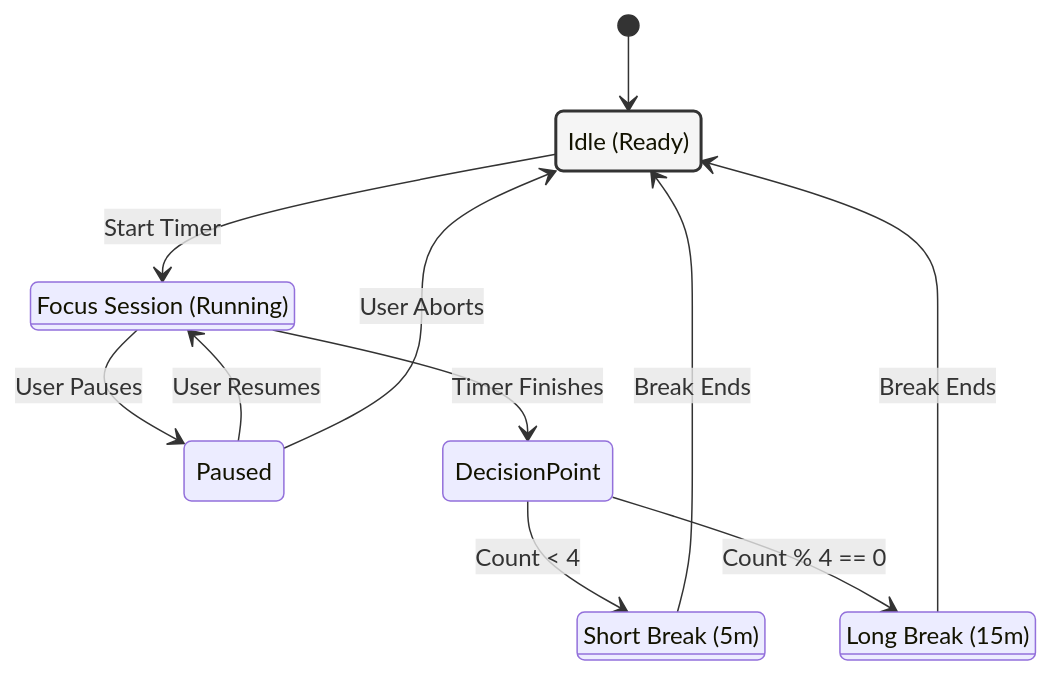
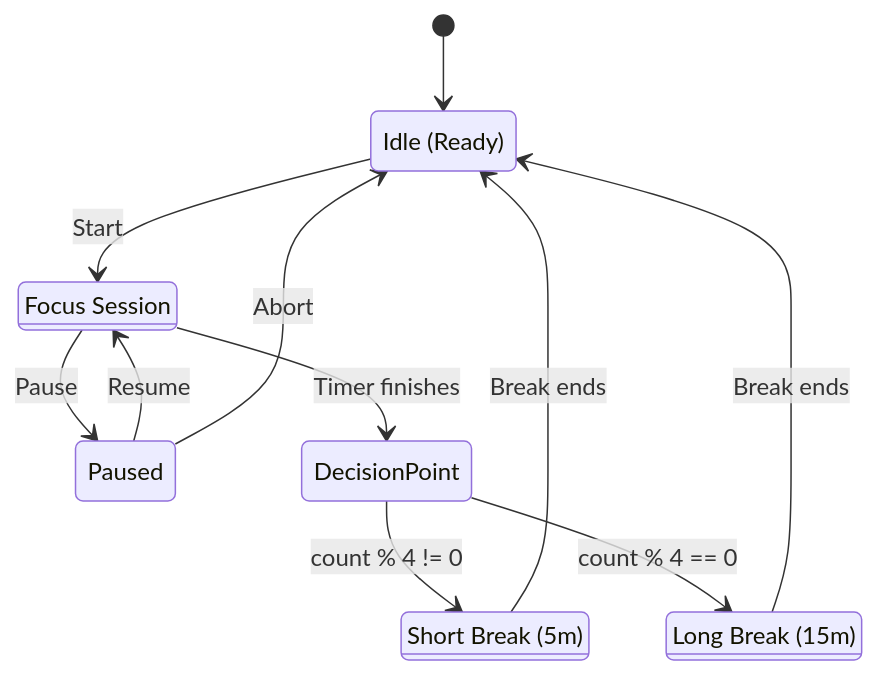
The fourth of 4 diagrams in Readme.md (Marklu0509/pomodoro-app), drawn with Mermaid before and after one commit. The commit also changed other lines of this file and 4 other files, not shown here.

````diff
--- a/Readme.md
+++ b/Readme.md
@@ -219,32 +216,23 @@
 ```mermaid
 stateDiagram-v2
-    %% Styling
     classDef work fill:#e8f5e9,stroke:#2e7d32,stroke-width:2px;
     classDef break fill:#e3f2fd,stroke:#1565c0,stroke-width:2px;
-    classDef idle fill:#f5f5f5,stroke:#333,stroke-width:2px;
 
-    [*] --> Idle:::idle
-
+    [*] --> Idle
     state "Idle (Ready)" as Idle
-    state "Focus Session (Running)" as Focus:::work
+    state "Focus Session" as Focus:::work
     state "Paused" as Paused
     state "Short Break (5m)" as ShortBreak:::break
     state "Long Break (15m)" as LongBreak:::break
-    
-    %% Logic Flow
-    Idle --> Focus : Start Timer
-    
-    Focus --> Paused : User Pauses
-    Paused --> Focus : User Resumes
-    Paused --> Idle : User Aborts
 
-    Focus --> DecisionPoint : Timer Finishes
+    Idle --> Focus : Start
+    Focus --> Paused : Pause
+    Paused --> Focus : Resume
+    Paused --> Idle : Abort
+    Focus --> DecisionPoint : Timer finishes
     state DecisionPoint <<choice>>
-
-    %% Business Logic: 4th pomodoro leads to long break
-    DecisionPoint --> ShortBreak : Count < 4
-    DecisionPoint --> LongBreak : Count % 4 == 0
-
-    ShortBreak --> Idle : Break Ends
-    LongBreak --> Idle : Break Ends
+    DecisionPoint --> ShortBreak : count % 4 != 0
+    DecisionPoint --> LongBreak : count % 4 == 0
+    ShortBreak --> Idle : Break ends
+    LongBreak --> Idle : Break ends
 ```
````
